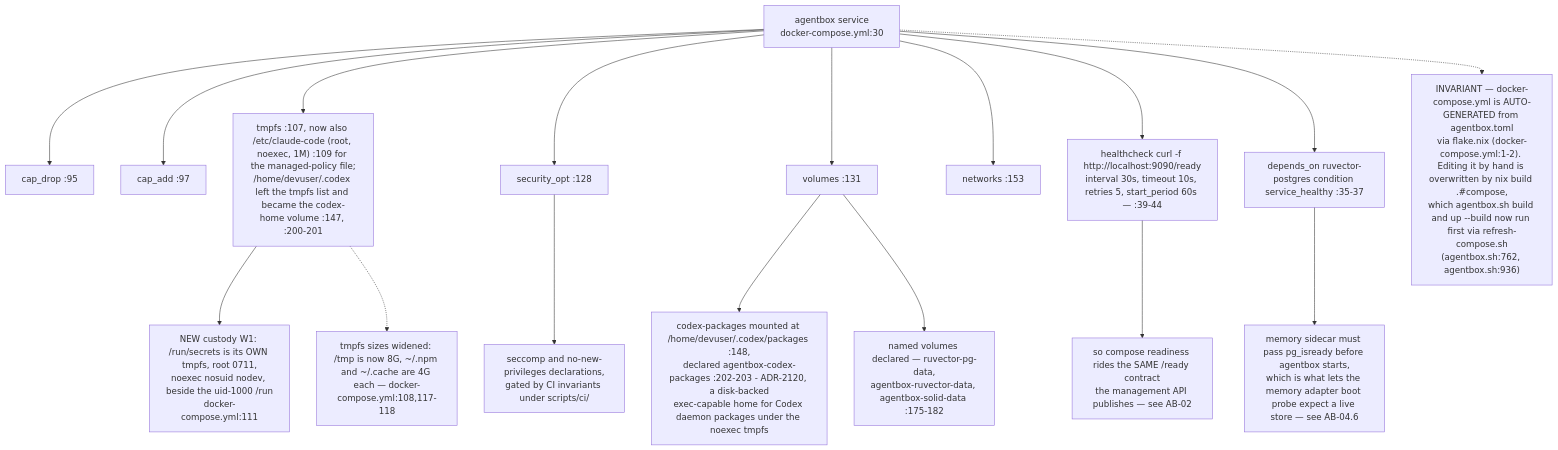
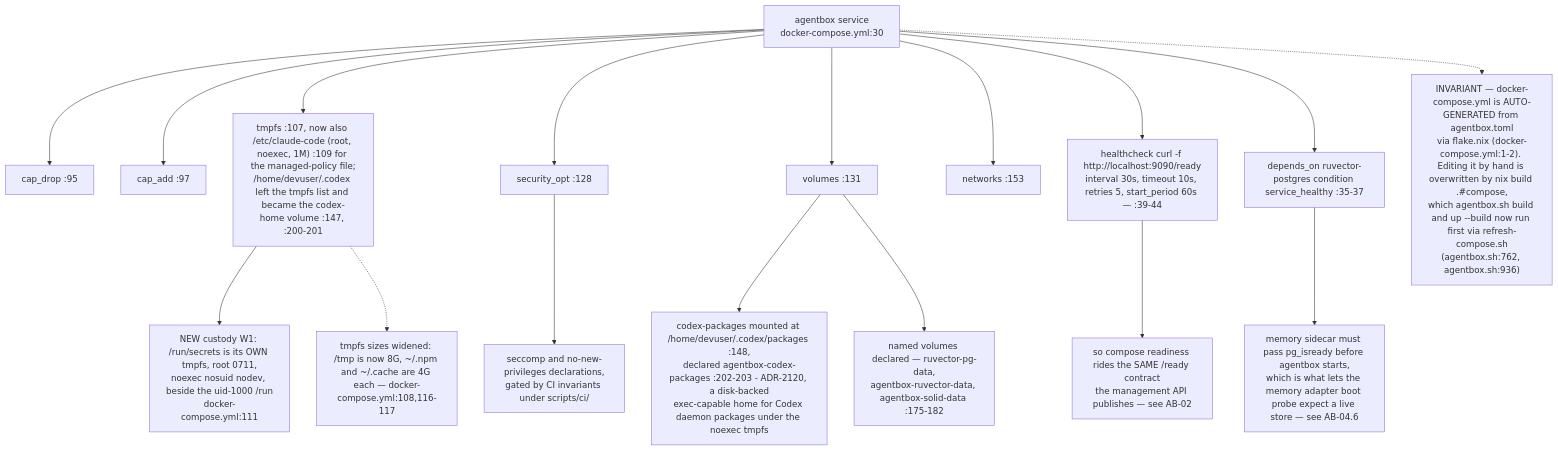
The eighth of 14 diagrams in docs/diagrams/agentbox/06-sidecars-and-compose-overlays.md (DreamLab-AI/VisionFlow), drawn with Mermaid before and after one commit. The commit also changed other lines of this file and 173 other files, not shown here.

````diff
--- a/docs/diagrams/agentbox/06-sidecars-and-compose-overlays.md
+++ b/docs/diagrams/agentbox/06-sidecars-and-compose-overlays.md
@@ -247,19 +247,19 @@
 ```mermaid
 flowchart TD
     AB["agentbox service<br/>docker-compose.yml:30"] --> CD["cap_drop :95"]
     AB --> CA2["cap_add :97"]
     AB --> TM["tmpfs :107, now also /etc/claude-code (root, noexec, 1M) :109 for the managed-policy file;<br/>/home/devuser/.codex left the tmpfs list and became the codex-home volume :147, :200-201"]
     TM --> SEC["NEW custody W1: /run/secrets is its OWN tmpfs, root 0711,<br/>noexec nosuid nodev, beside the uid-1000 /run<br/>docker-compose.yml:111"]
     AB --> SO["security_opt :128"]
     AB --> VOL["volumes :131"]
     AB --> NET["networks :153"]
     SO --> SCC["seccomp and no-new-privileges declarations,<br/>gated by CI invariants under scripts/ci/"]
     VOL --> CXP["codex-packages mounted at /home/devuser/.codex/packages :148,<br/>declared agentbox-codex-packages :202-203 - ADR-2120, a disk-backed<br/>exec-capable home for Codex daemon packages under the noexec tmpfs"]
     VOL --> NV["named volumes declared — ruvector-pg-data,<br/>agentbox-ruvector-data, agentbox-solid-data :175-182"]
     AB --> HC["healthcheck curl -f http://localhost:9090/ready<br/>interval 30s, timeout 10s, retries 5, start_period 60s — :39-44"]
     HC --> RDY["so compose readiness rides the SAME /ready contract<br/>the management API publishes — see AB-02"]
     AB --> DEP["depends_on ruvector-postgres condition service_healthy :35-37"]
     DEP --> ORD["memory sidecar must pass pg_isready before agentbox starts,<br/>which is what lets the memory adapter boot probe expect a live store — see AB-04.6"]
     AB -.-> GEN["INVARIANT — docker-compose.yml is AUTO-GENERATED from agentbox.toml<br/>via flake.nix (docker-compose.yml:1-2). Editing it by hand is overwritten by nix build .#compose,<br/>which agentbox.sh build and up --build now run first via refresh-compose.sh<br/>(agentbox.sh:762, agentbox.sh:936)"]
-    TM -.-> TMS["tmpfs sizes widened: /tmp is now 8G, ~/.npm and ~/.cache are 4G each — docker-compose.yml:108,117-118"]
+    TM -.-> TMS["tmpfs sizes widened: /tmp is now 8G, ~/.npm and ~/.cache are 4G each — docker-compose.yml:108,116-117"]
 ```
````
